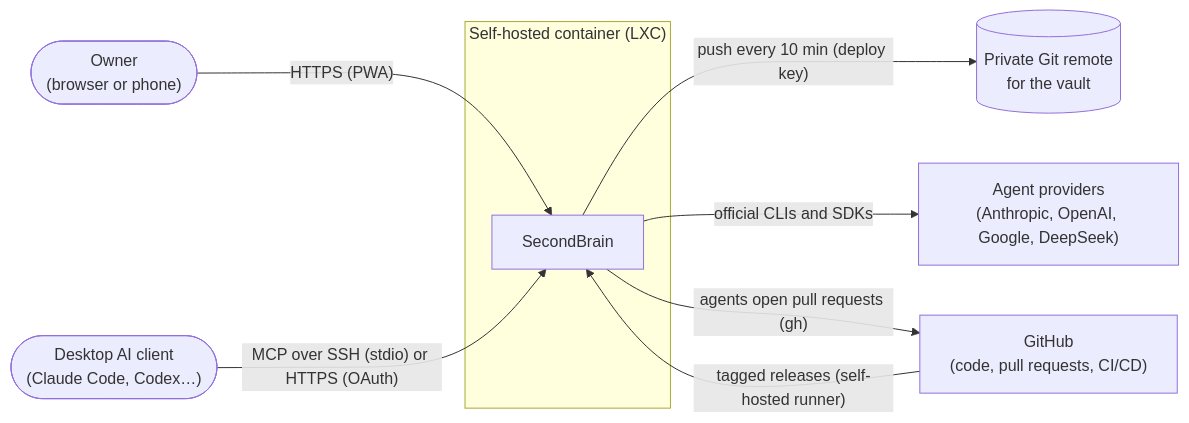
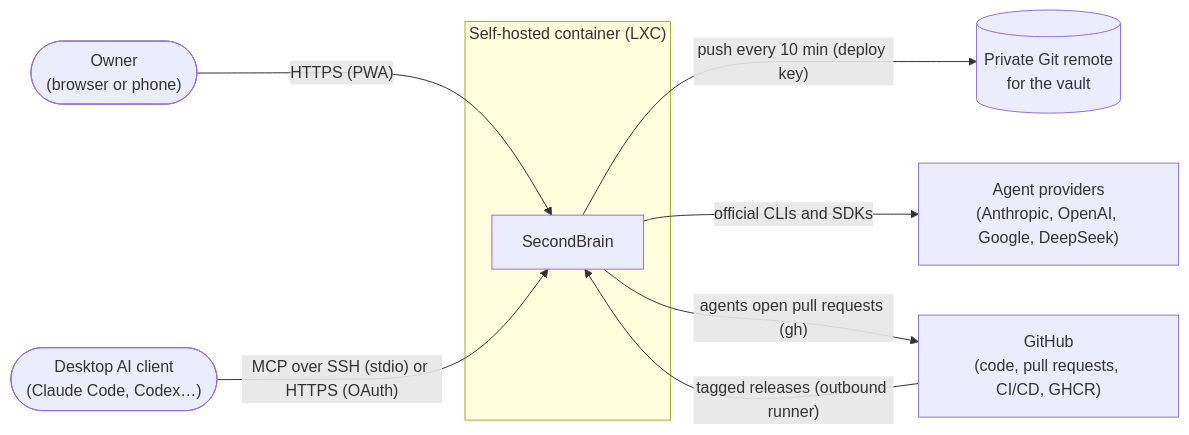
Before and after one commit to paul-jar4millo/SecondBrain: the first of 2 diagrams in docs/architecture/README.md, drawn with Mermaid. The commit also changed other lines of this file and 35 other files, not shown here.

````diff
--- a/docs/architecture/README.md
+++ b/docs/architecture/README.md
@@ -11,18 +11,18 @@
 ```mermaid
 flowchart LR
   owner(["Owner<br/>(browser or phone)"])
   client(["Desktop AI client<br/>(Claude Code, Codex…)"])
   subgraph host["Self-hosted container (LXC)"]
     sb["SecondBrain"]
   end
   vaultRemote[("Private Git remote<br/>for the vault")]
   providers["Agent providers<br/>(Anthropic, OpenAI, Google, DeepSeek)"]
-  github["GitHub<br/>(code, pull requests, CI/CD)"]
+  github["GitHub<br/>(code, pull requests, CI/CD, GHCR)"]
 
   owner -- "HTTPS (PWA)" --> sb
   client -- "MCP over SSH (stdio) or HTTPS (OAuth)" --> sb
   sb -- "push every 10 min (deploy key)" --> vaultRemote
   sb -- "official CLIs and SDKs" --> providers
   sb -- "agents open pull requests (gh)" --> github
-  github -- "tagged releases (self-hosted runner)" --> sb
+  github -- "tagged releases (outbound runner)" --> sb
 ```
````
